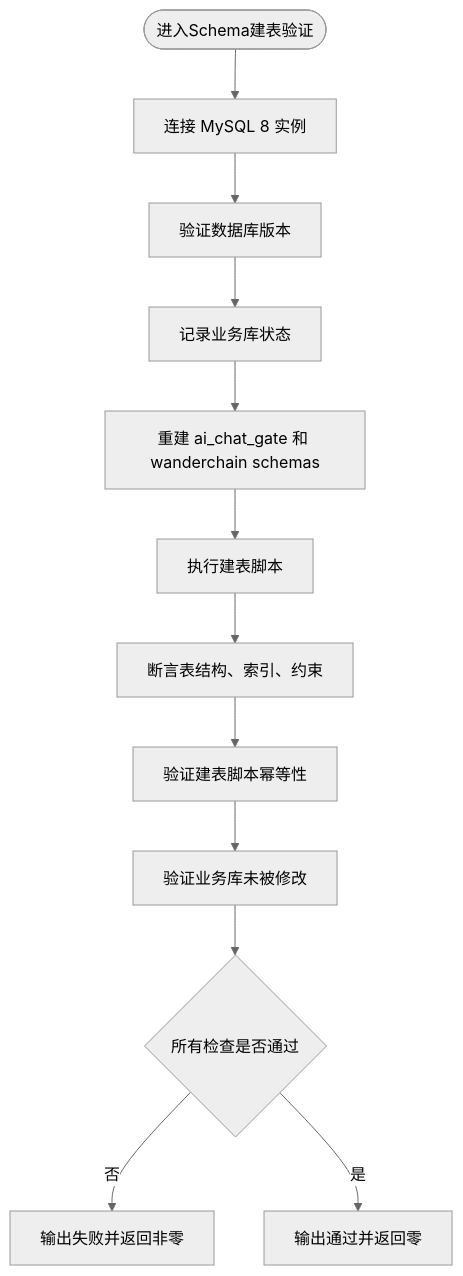
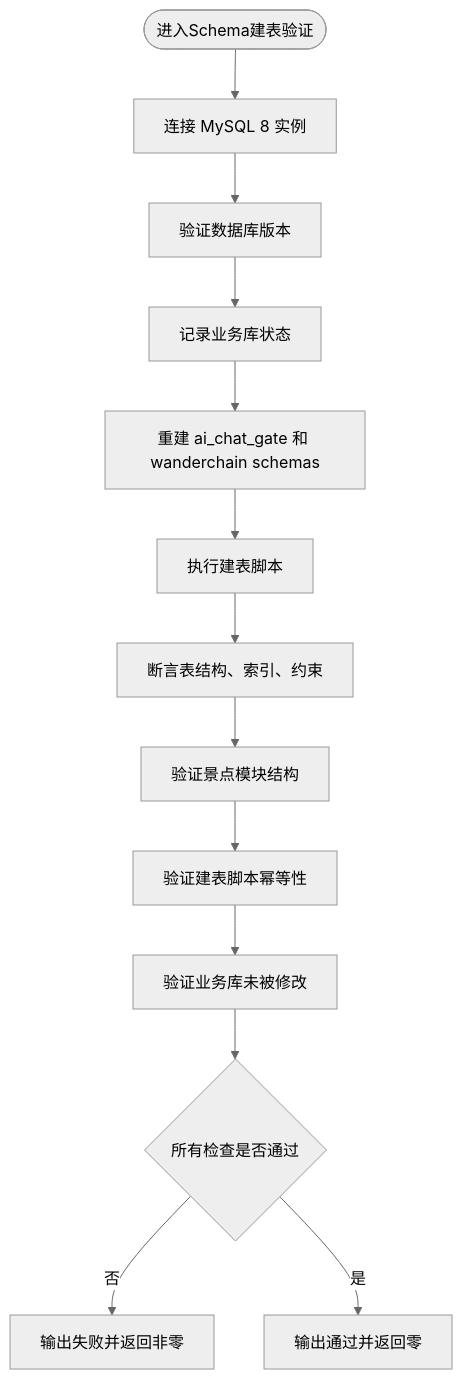
Before and after one commit to luyitiger6/my-first-project: the ninth of 15 diagrams in .qoder/repowiki/zh/content/自动化验证/自动化验证.md, drawn with Mermaid (neutral theme). The commit also changed other lines of this file and 36 other files, not shown here.

````diff
--- a/.qoder/repowiki/zh/content/自动化验证/自动化验证.md
+++ b/.qoder/repowiki/zh/content/自动化验证/自动化验证.md
@@ -496,14 +503,15 @@
 ```mermaid
 flowchart TD
 Start(["进入Schema建表验证"]) --> ConnectDB["连接 MySQL 8 实例"]
 ConnectDB --> VersionCheck["验证数据库版本"]
 VersionCheck --> BusinessBefore["记录业务库状态"]
 BusinessBefore --> RecreateSchemas["重建 ai_chat_gate 和 wanderchain schemas"]
 RecreateSchemas --> ExecuteScripts["执行建表脚本"]
 ExecuteScripts --> StructureAssert["断言表结构、索引、约束"]
-StructureAssert --> IdempotencyCheck["验证建表脚本幂等性"]
+StructureAssert --> AttractionChecks["验证景点模块结构"]
+AttractionChecks --> IdempotencyCheck["验证建表脚本幂等性"]
 IdempotencyCheck --> BusinessAfter["验证业务库未被修改"]
 BusinessAfter --> AllPassed{"所有检查是否通过"}
 AllPassed --> |否| Fail["输出失败并返回非零"]
 AllPassed --> |是| Pass["输出通过并返回零"]
 ```
````
